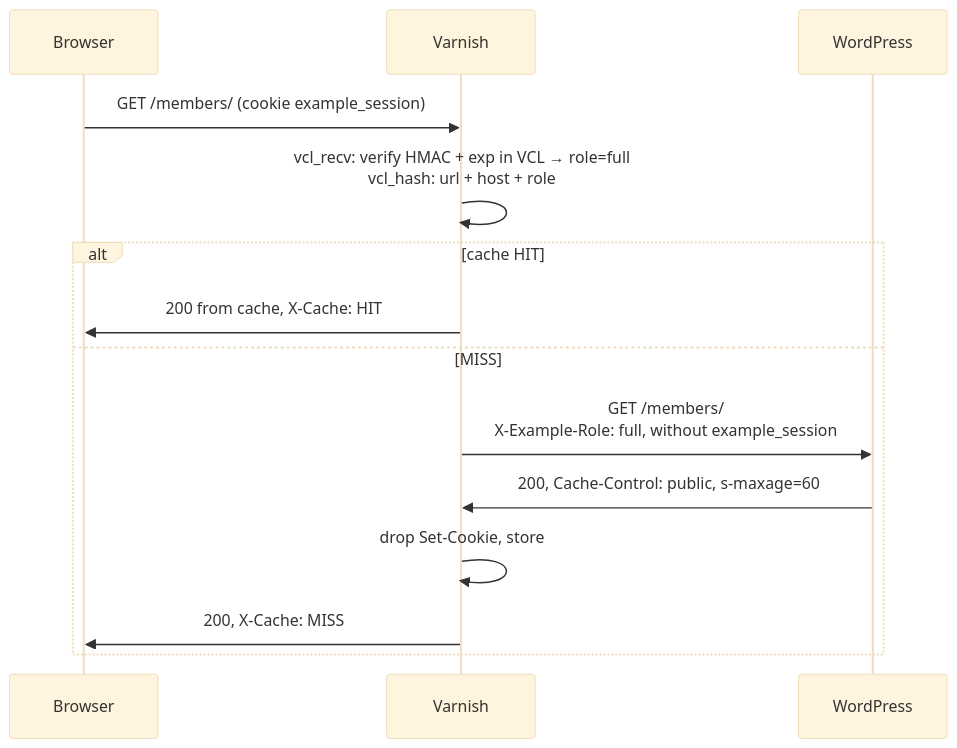
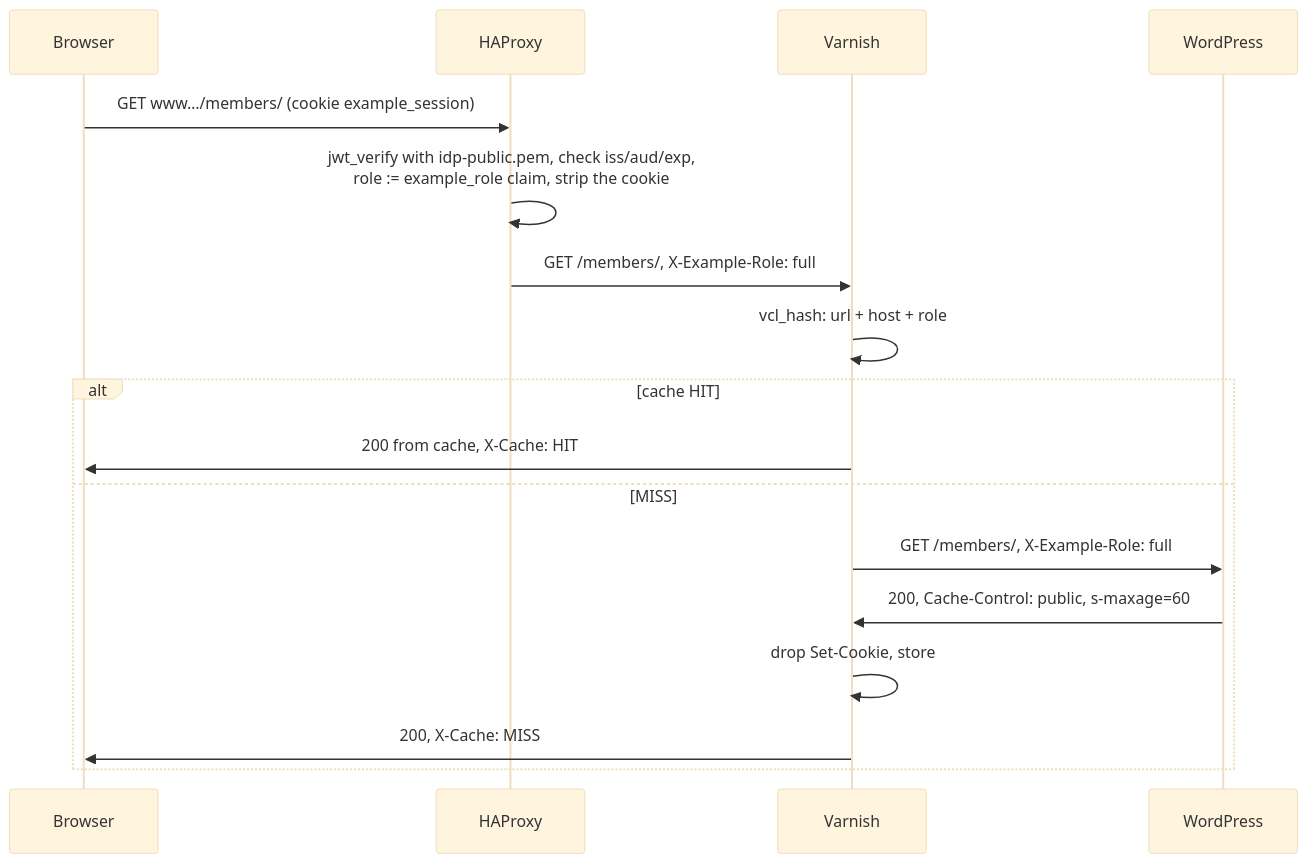
One commit to correctiv/oidc-wp-prototype changed the second of 3 diagrams in README.md. Above: the diagram before and after it, drawn with Mermaid (base theme). The commit also changed other lines of this file and 23 other files, not shown here.

````diff
--- a/README.md
+++ b/README.md
@@ -97,16 +98,19 @@
 ```mermaid
 sequenceDiagram
     participant B as Browser
+    participant H as HAProxy
     participant V as Varnish
     participant W as WordPress
-    B->>V: GET /members/ (cookie example_session)
-    V->>V: vcl_recv: verify HMAC + exp in VCL → role=full<br/>vcl_hash: url + host + role
+    B->>H: GET www…/members/ (cookie example_session)
+    H->>H: jwt_verify with idp-public.pem, check iss/aud/exp,<br/>role := example_role claim, strip the cookie
+    H->>V: GET /members/, X-Example-Role: full
+    V->>V: vcl_hash: url + host + role
     alt cache HIT
         V->>B: 200 from cache, X-Cache: HIT
     else MISS
-        V->>W: GET /members/<br/>X-Example-Role: full, without example_session
+        V->>W: GET /members/, X-Example-Role: full
         W->>V: 200, Cache-Control: public, s-maxage=60
         V->>V: drop Set-Cookie, store
         V->>B: 200, X-Cache: MISS
     end
 ```
````
